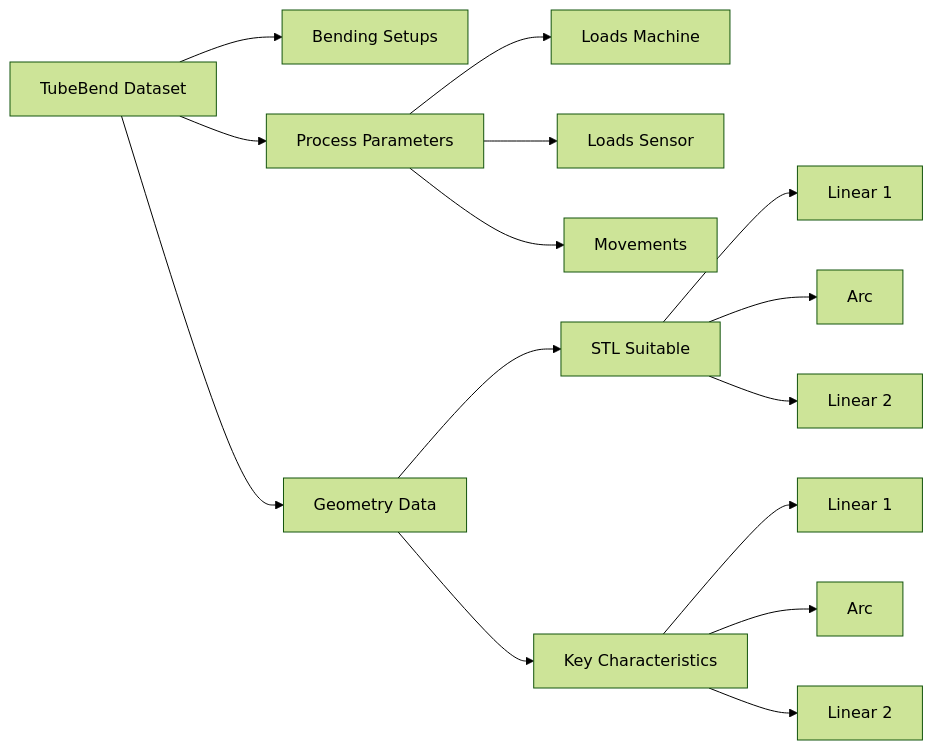
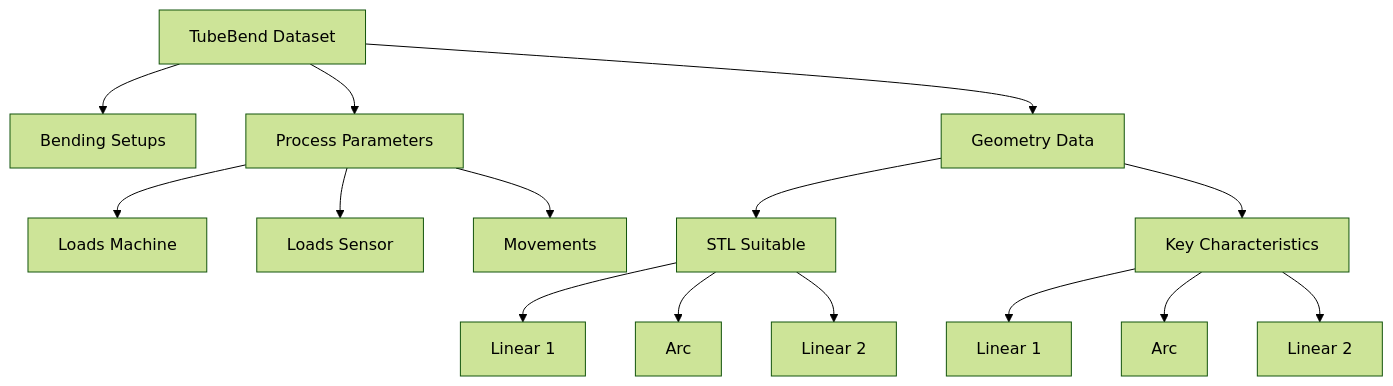
Before and after one commit to zeyneddinoz/tubebend: the diagram in README.md, drawn with Mermaid (forest theme).

````diff
--- a/README.md
+++ b/README.md
@@ -58,21 +58,21 @@
 ```mermaid
-graph LR
+graph TD
     TB[TubeBend Dataset] --> BS[Bending Setups]
     TB --> PP[Process Parameters]
     TB --> GD[Geometry Data]
     
     PP --> PPLM[Loads Machine]
     PP --> PPLS[Loads Sensor]
     PP --> PPM[Movements]
     
     GD --> GDSL[STL Suitable]
     GD --> GDKC[Key Characteristics]
     
     GDSL --> GDSL1[Linear 1]
     GDSL --> GDSLA[Arc]
     GDSL --> GDSL2[Linear 2]
     
     GDKC --> GDKCL1[Linear 1]
     GDKC --> GDKCA[Arc]
     GDKC --> GDKCL2[Linear 2]
 ```
````
